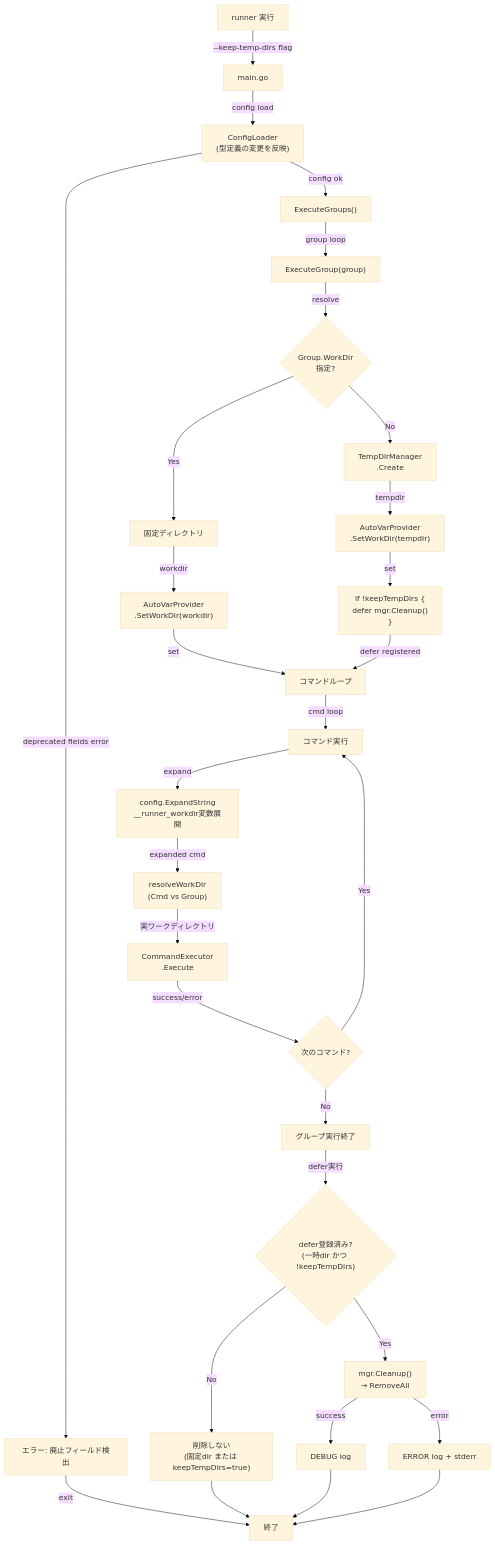
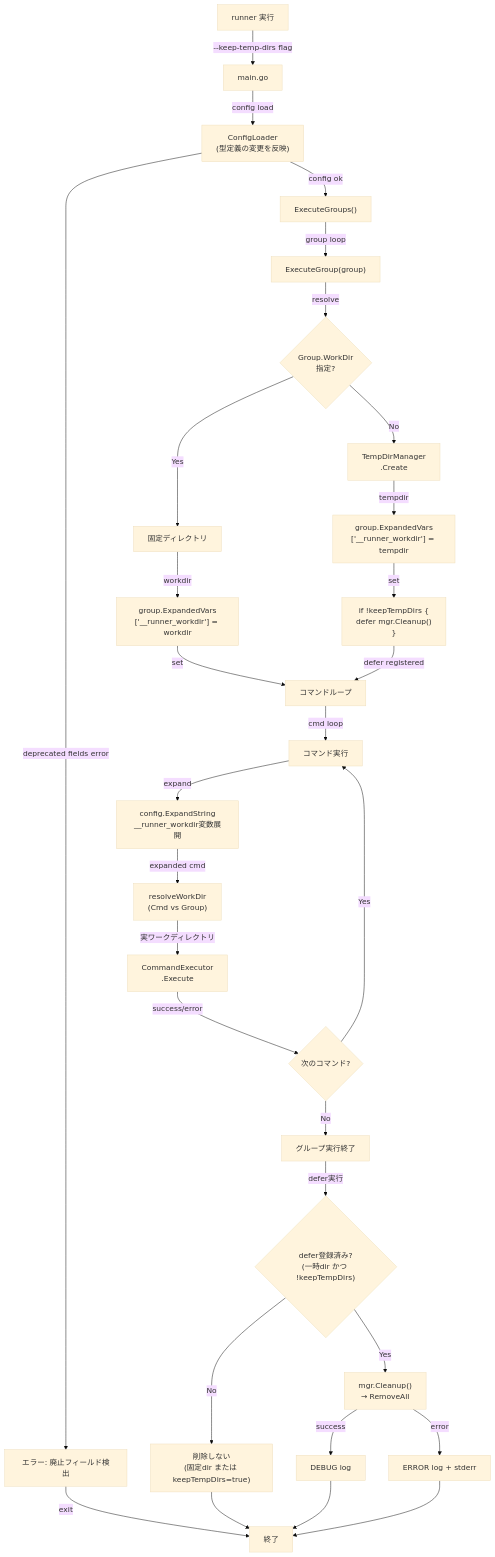
One commit to isseis/go-safe-cmd-runner changed diagram 11 of 11 in docs/tasks/0034_workdir_redesign/02_architecture.md. Above: the diagram before and after it, drawn with Mermaid (base theme). The commit also changed other lines of this file and 1 other file, not shown here.

First line of the commit message:
Replace AutoVarProvider workflow with group.ExpandedVars __runner_workdir

````diff
--- a/docs/tasks/0034_workdir_redesign/02_architecture.md
+++ b/docs/tasks/0034_workdir_redesign/02_architecture.md
@@ -755,49 +748,49 @@
 ```mermaid
 flowchart TD
     Start["runner 実行"] -->|--keep-temp-dirs flag| Main["main.go"]
 
     Main -->|config load| ConfigLoader["ConfigLoader<br/>(型定義の変更を反映)"]
     ConfigLoader -->|deprecated fields error| Error1["エラー: 廃止フィールド検出"]
     ConfigLoader -->|config ok| ExecuteGroups
 
     ExecuteGroups["ExecuteGroups()"]
 
     ExecuteGroups -->|group loop| ExecuteGroup["ExecuteGroup(group)"]
 
     ExecuteGroup -->|resolve| ResolveWorkDir
     ResolveWorkDir{"Group.WorkDir<br/>指定?"}
     ResolveWorkDir -->|Yes| UseGroupWD["固定ディレクトリ"]
     ResolveWorkDir -->|No| CreateTempDir["TempDirManager<br/>.Create"]
 
-    UseGroupWD -->|workdir| SetWorkDir["AutoVarProvider<br/>.SetWorkDir(workdir)"]
-    CreateTempDir -->|tempdir| SetWorkDir2["AutoVarProvider<br/>.SetWorkDir(tempdir)"]
+    UseGroupWD -->|workdir| SetWorkDir["group.ExpandedVars<br/>['__runner_workdir'] = workdir"]
+    CreateTempDir -->|tempdir| SetWorkDir2["group.ExpandedVars<br/>['__runner_workdir'] = tempdir"]
 
     SetWorkDir -->|set| CmdLoop["コマンドループ"]
     SetWorkDir2 -->|set| RegisterDefer
 
     RegisterDefer["if !keepTempDirs {<br/>  defer mgr.Cleanup()<br/>}"]
     RegisterDefer -->|defer registered| CmdLoop
 
     CmdLoop -->|cmd loop| ExecuteCmd["コマンド実行"]
 
     ExecuteCmd -->|expand| VariableExpander["config.ExpandString<br/>__runner_workdir変数展開"]
     VariableExpander -->|expanded cmd| ResolveCmd["resolveWorkDir<br/>(Cmd vs Group)"]
     ResolveCmd -->|実ワークディレクトリ| CommandExecutor["CommandExecutor<br/>.Execute"]
 
     CommandExecutor -->|success/error| NextCmd{次のコマンド?}
     NextCmd -->|Yes| ExecuteCmd
     NextCmd -->|No| GroupEnd["グループ実行終了"]
 
     Error1 -->|exit| End["終了"]
 
     GroupEnd -->|defer実行| DeferCheck{"defer登録済み?<br/>(一時dir かつ !keepTempDirs)"}
     DeferCheck -->|Yes| Delete["mgr.Cleanup()<br/>→ RemoveAll"]
     DeferCheck -->|No| NoDelete["削除しない<br/>(固定dir または keepTempDirs=true)"]
 
     Delete -->|success| DeleteOK["DEBUG log"]
     Delete -->|error| DeleteErr["ERROR log + stderr"]
 
     NoDelete --> End
     DeleteOK --> End
     DeleteErr --> End
 ```
````
